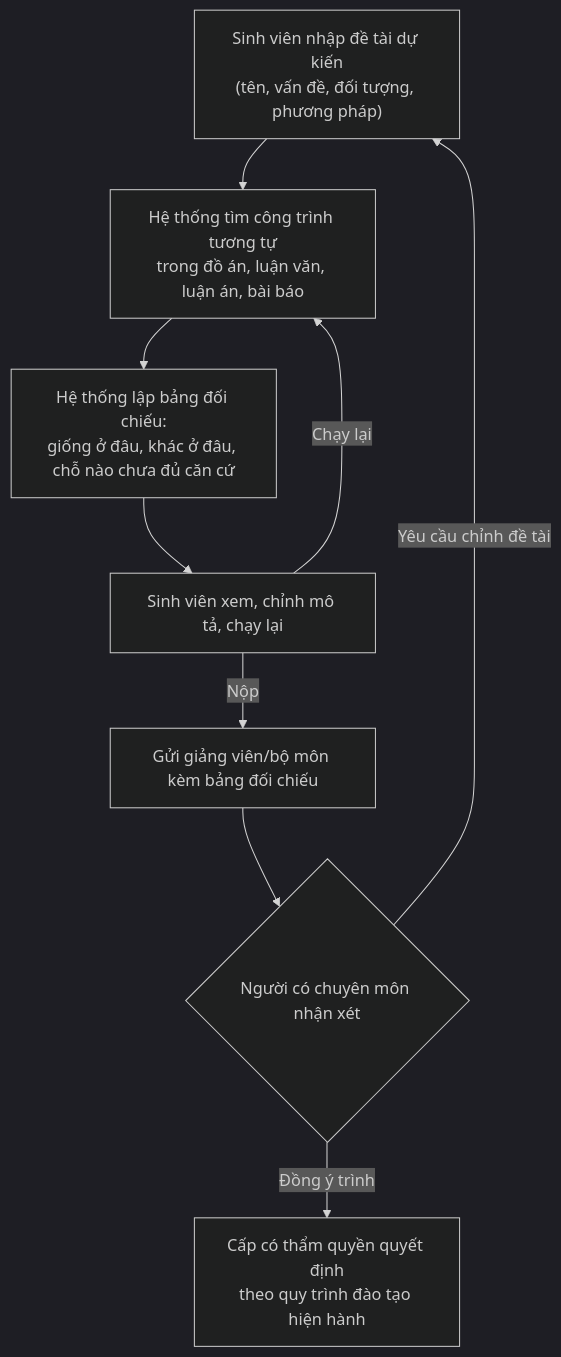
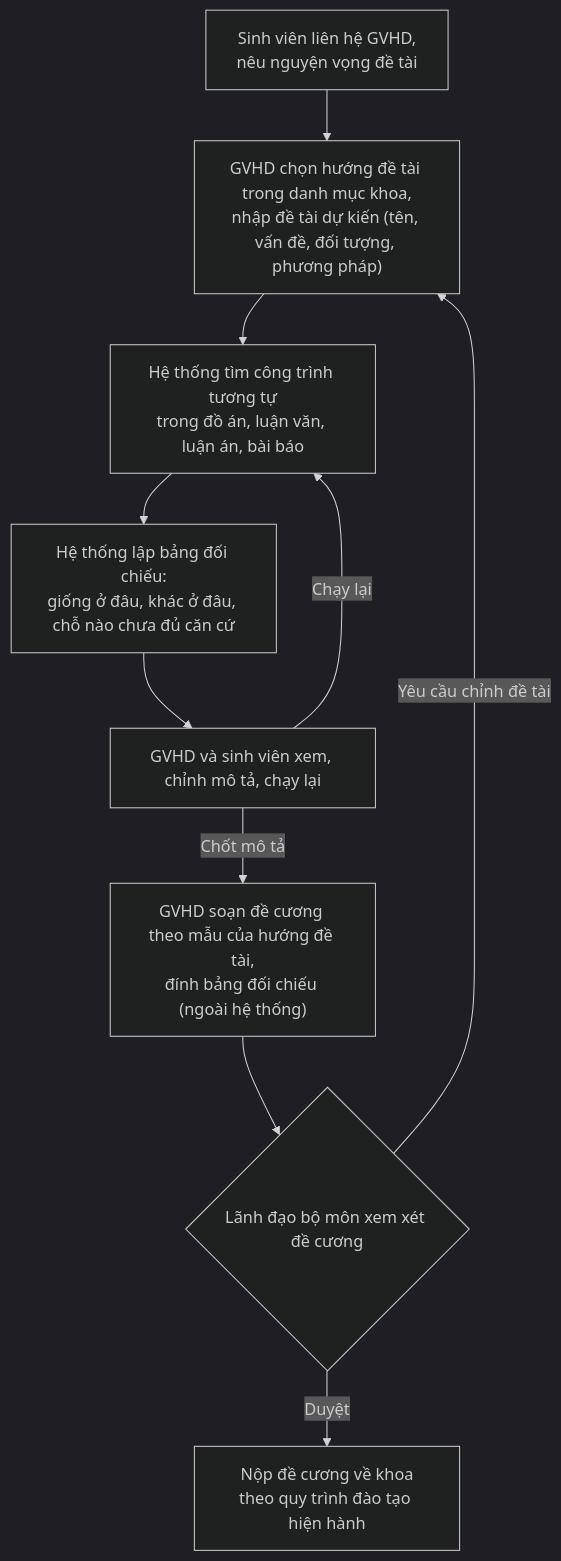
One commit to maiychrus25/ICTU-CRIS changed the second of 2 diagrams in docs/ba/01-bpmn.md. Above: the diagram before and after it, drawn with Mermaid (dark theme). The commit also changed other lines of this file and 15 other files, not shown here.

````diff
--- a/docs/ba/01-bpmn.md
+++ b/docs/ba/01-bpmn.md
@@ -40,16 +46,17 @@
 ```mermaid
 flowchart TD
-    A["Sinh viên nhập đề tài dự kiến<br/>(tên, vấn đề, đối tượng, phương pháp)"]
-    B["Hệ thống tìm công trình tương tự<br/>trong đồ án, luận văn, luận án, bài báo"]
-    C["Hệ thống lập bảng đối chiếu:<br/>giống ở đâu, khác ở đâu, chỗ nào chưa đủ căn cứ"]
-    D["Sinh viên xem, chỉnh mô tả, chạy lại"]
-    E["Gửi giảng viên/bộ môn kèm bảng đối chiếu"]
-    F{"Người có chuyên môn nhận xét"}
-    G["Cấp có thẩm quyền quyết định<br/>theo quy trình đào tạo hiện hành"]
+    A["Sinh viên liên hệ GVHD,<br/>nêu nguyện vọng đề tài"]
+    B["GVHD chọn hướng đề tài trong danh mục khoa,<br/>nhập đề tài dự kiến (tên, vấn đề, đối tượng, phương pháp)"]
+    C["Hệ thống tìm công trình tương tự<br/>trong đồ án, luận văn, luận án, bài báo"]
+    D["Hệ thống lập bảng đối chiếu:<br/>giống ở đâu, khác ở đâu, chỗ nào chưa đủ căn cứ"]
+    E["GVHD và sinh viên xem, chỉnh mô tả, chạy lại"]
+    F["GVHD soạn đề cương theo mẫu của hướng đề tài,<br/>đính bảng đối chiếu (ngoài hệ thống)"]
+    G{"Lãnh đạo bộ môn xem xét đề cương"}
+    H["Nộp đề cương về khoa<br/>theo quy trình đào tạo hiện hành"]
 
-    A --> B --> C --> D
-    D -- "Chạy lại" --> B
-    D -- "Nộp" --> E --> F
-    F -- "Yêu cầu chỉnh đề tài" --> A
-    F -- "Đồng ý trình" --> G
+    A --> B --> C --> D --> E
+    E -- "Chạy lại" --> C
+    E -- "Chốt mô tả" --> F --> G
+    G -- "Yêu cầu chỉnh đề tài" --> B
+    G -- "Duyệt" --> H
 ```
````
